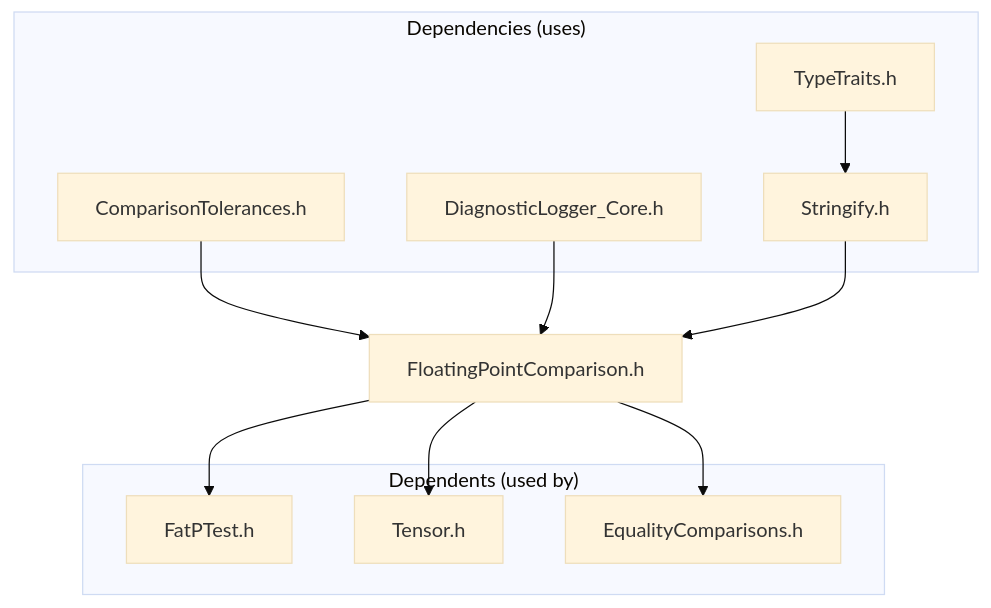
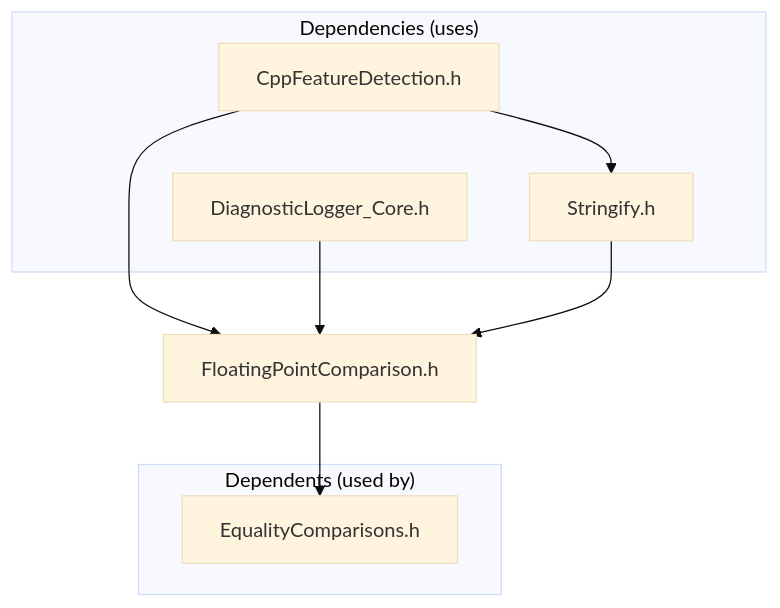
One commit to schroedermatthew/FatP changed the third of 3 diagrams in components/FloatingPointComparison/docs/Overview - FloatingPointComparison.md. Above: the diagram before and after it, drawn with Mermaid (base theme). The commit also changed other lines of this file and 103 other files, not shown here.

````diff
--- a/components/FloatingPointComparison/docs/Overview - FloatingPointComparison.md
+++ b/components/FloatingPointComparison/docs/Overview - FloatingPointComparison.md
@@ -234,26 +234,21 @@
 ```mermaid
 flowchart TB
     subgraph "Dependencies (uses)"
-        CT[ComparisonTolerances.h]
+        CFD[CppFeatureDetection.h]
         DL[DiagnosticLogger_Core.h]
         ST[Stringify.h]
-        TT[TypeTraits.h]
     end
     
     FPC[FloatingPointComparison.h]
     
     subgraph "Dependents (used by)"
-        FT[FatPTest.h]
-        TE[Tensor.h]
         EC[EqualityComparisons.h]
     end
     
-    CT --> FPC
+    CFD --> FPC
     DL --> FPC
     ST --> FPC
-    TT --> ST
+    CFD --> ST
     
-    FPC --> FT
-    FPC --> TE
     FPC --> EC
 ```
````
